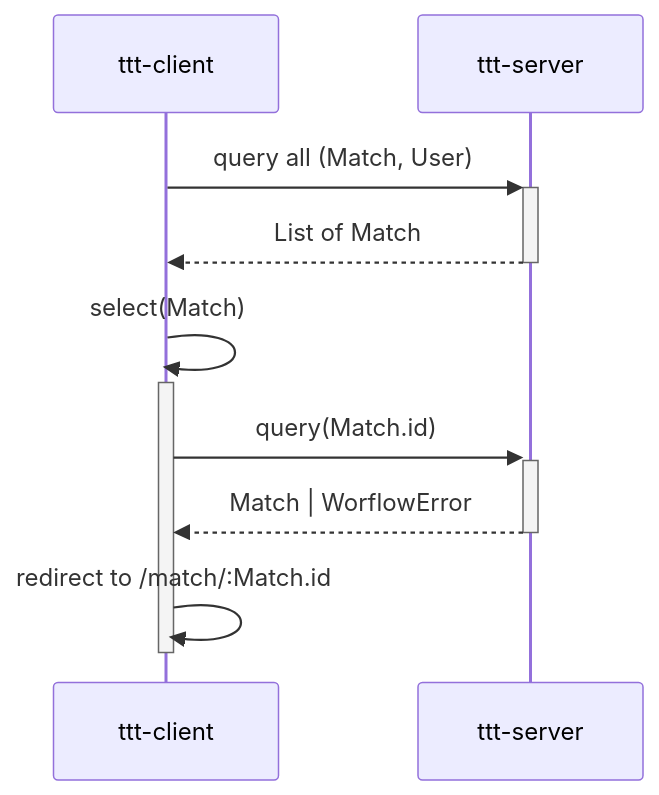
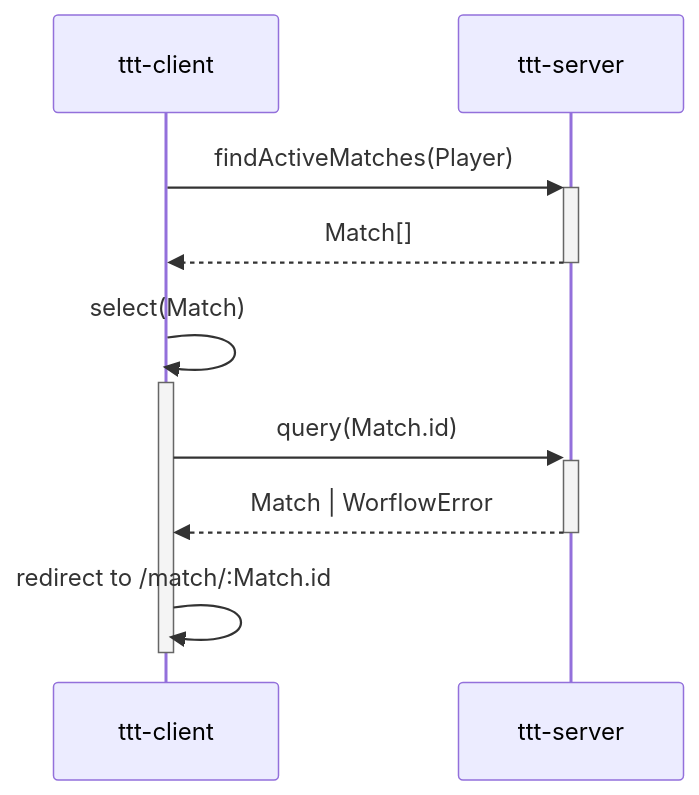
Before and after one commit to grancalavera/ttt: the third of 3 diagrams in README.md, drawn with Mermaid. The commit also changed other lines of this file and 2 other files, not shown here.

Commit message:
improve sequence diagrams

````diff
--- a/README.md
+++ b/README.md
@@ -20,15 +82,15 @@
 ```mermaid
 sequenceDiagram
-  participant C as ttt-client
-  participant S as ttt-server
+  participant c as ttt-client
+  participant s as ttt-server
 
-  C->>+S: query all (Match, User)
-  S-->>-C: List of Match
+  c->>+s: findActiveMatches(Player)
+  s-->>-c: Match[]
 
-  C->>C: select(Match)
-  activate C
-  C->>+S: query(Match.id)
-  S-->>-C: Match | WorflowError
-  C->>C: redirect to /match/:Match.id
-  deactivate C
+  c->>c: select(Match)
+  activate c
+  c->>+s: query(Match.id)
+  s-->>-c: Match | WorflowError
+  c->>c: redirect to /match/:Match.id
+  deactivate c
 ```
````
